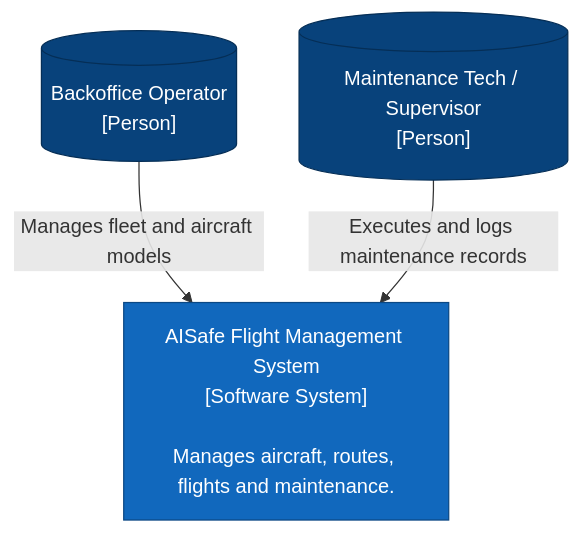
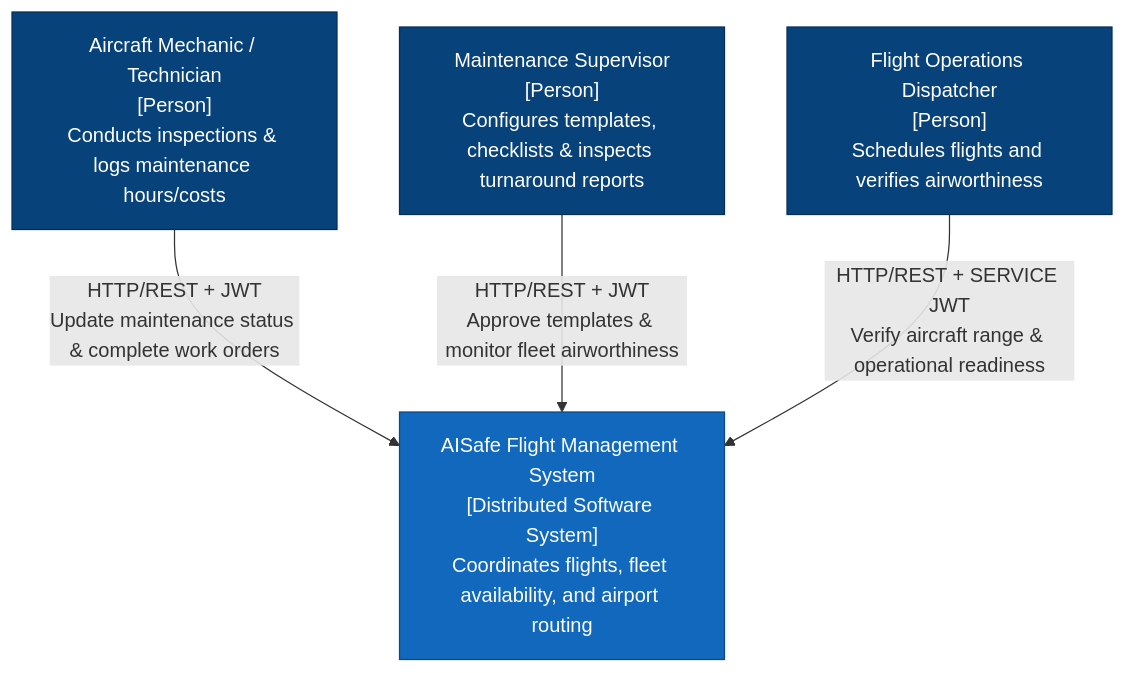
One commit to ImJay1527/aircraft-maintenance-service changed the first of 6 diagrams in docs/C4-Model.md. Above: the diagram before and after it, drawn with Mermaid. The commit also changed other lines of this file and 2 other files, not shown here.

Commit message:
docs: enrich architecture and C4 model with distributed systems theory (CAP/PACELC, Fallacies, Zero SPOF, Kruchten 4+1)

````diff
--- a/docs/C4-Model.md
+++ b/docs/C4-Model.md
@@ -8,15 +18,16 @@
 ```mermaid
-flowchart TD
-    %% Styling
-    classDef person fill:#08427b,stroke:#052e56,color:#fff
-    classDef system fill:#1168bd,stroke:#0b4884,color:#fff
-    
-    %% Nodes
-    Op[("Backoffice Operator\n[Person]")]:::person
-    Tech[("Maintenance Tech / Supervisor\n[Person]")]:::person
-    Sys["AISafe Flight Management System\n[Software System]\n\nManages aircraft, routes, flights and maintenance."]:::system
-    
-    %% Relationships
-    Op -- "Manages fleet and aircraft models" --> Sys
-    Tech -- "Executes and logs maintenance records" --> Sys
+%% C4 Level 1 - System Context
+flowchart TB
+    classDef person fill:#08427b,stroke:#052e56,color:#fff;
+    classDef system fill:#1168bd,stroke:#0b4884,color:#fff;
+
+    mech["Aircraft Mechanic / Technician<br/>[Person]<br/>Conducts inspections & logs maintenance hours/costs"]:::person
+    sup["Maintenance Supervisor<br/>[Person]<br/>Configures templates, checklists & inspects turnaround reports"]:::person
+    disp["Flight Operations Dispatcher<br/>[Person]<br/>Schedules flights and verifies airworthiness"]:::person
+
+    aisafe["AISafe Flight Management System<br/>[Distributed Software System]<br/>Coordinates flights, fleet availability, and airport routing"]:::system
+
+    mech -->|"HTTP/REST + JWT<br/>Update maintenance status & complete work orders"| aisafe
+    sup -->|"HTTP/REST + JWT<br/>Approve templates & monitor fleet airworthiness"| aisafe
+    disp -->|"HTTP/REST + SERVICE JWT<br/>Verify aircraft range & operational readiness"| aisafe
 ```
````
